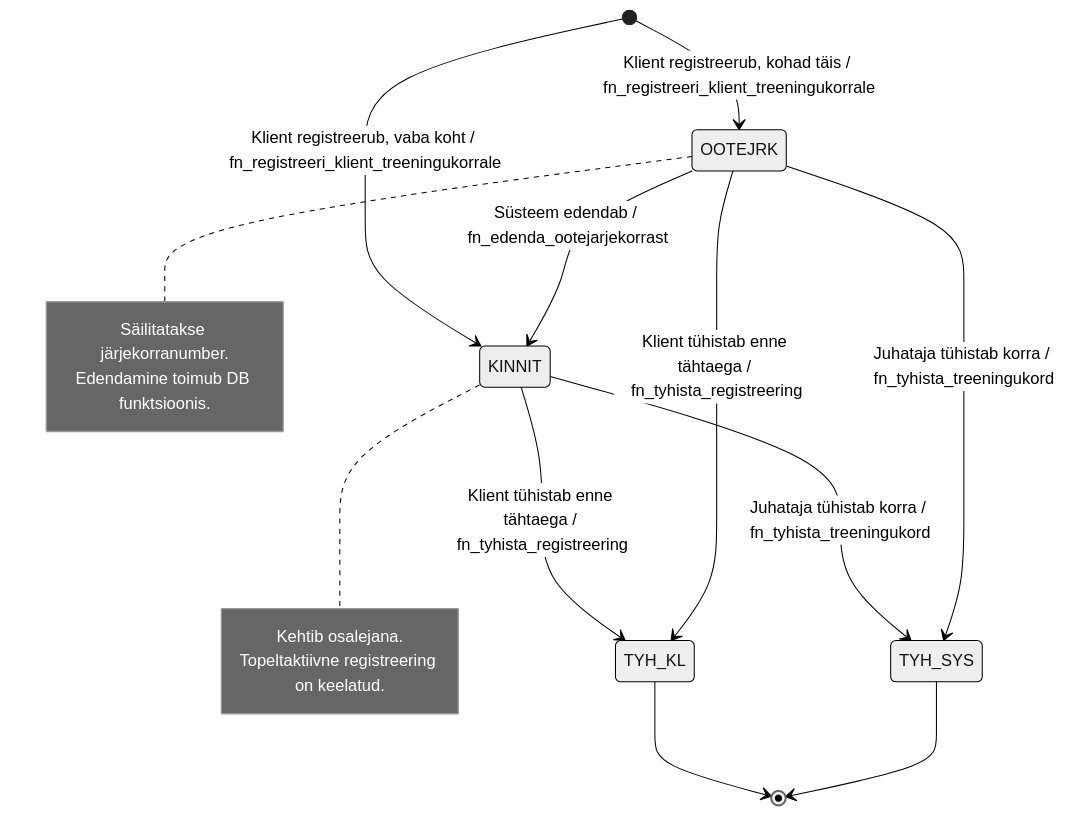
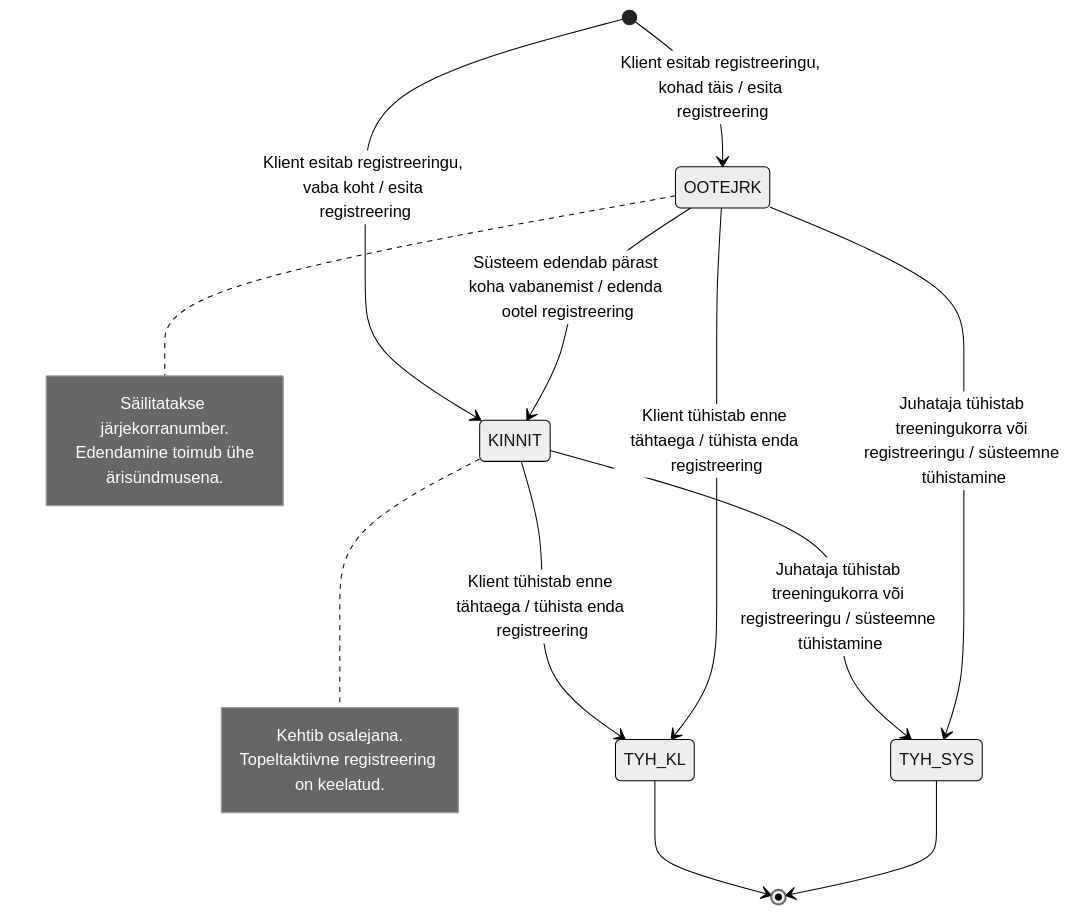
Before and after one commit to tamkivi/andmebaasid-projekt: the diagram in diagrams/06_registration_state.mmd, drawn with Mermaid (neutral theme). The commit also changed 26 other files, not shown here.

```diff
--- a/diagrams/06_registration_state.mmd
+++ b/diagrams/06_registration_state.mmd
@@ -1,19 +1,20 @@
 stateDiagram-v2
-    [*] --> KINNIT: Klient registreerub, vaba koht / fn_registreeri_klient_treeningukorrale
-    [*] --> OOTEJRK: Klient registreerub, kohad täis / fn_registreeri_klient_treeningukorrale
-    OOTEJRK --> KINNIT: Süsteem edendab / fn_edenda_ootejarjekorrast
-    KINNIT --> TYH_KL: Klient tühistab enne tähtaega / fn_tyhista_registreering
-    OOTEJRK --> TYH_KL: Klient tühistab enne tähtaega / fn_tyhista_registreering
-    KINNIT --> TYH_SYS: Juhataja tühistab korra / fn_tyhista_treeningukord
-    OOTEJRK --> TYH_SYS: Juhataja tühistab korra / fn_tyhista_treeningukord
+    [*] --> KINNIT: Klient esitab registreeringu, vaba koht / esita registreering
+    [*] --> OOTEJRK: Klient esitab registreeringu, kohad täis / esita registreering
+    OOTEJRK --> KINNIT: Süsteem edendab pärast koha vabanemist / edenda ootel registreering
+    KINNIT --> TYH_KL: Klient tühistab enne tähtaega / tühista enda registreering
+    OOTEJRK --> TYH_KL: Klient tühistab enne tähtaega / tühista enda registreering
+    KINNIT --> TYH_SYS: Juhataja tühistab treeningukorra või registreeringu / süsteemne tühistamine
+    OOTEJRK --> TYH_SYS: Juhataja tühistab treeningukorra või registreeringu / süsteemne tühistamine
     TYH_KL --> [*]
     TYH_SYS --> [*]
 
     note right of KINNIT
         Kehtib osalejana.
         Topeltaktiivne registreering on keelatud.
     end note
     note right of OOTEJRK
         Säilitatakse järjekorranumber.
-        Edendamine toimub DB funktsioonis.
+        Edendamine toimub ühe
+        ärisündmusena.
     end note
```
